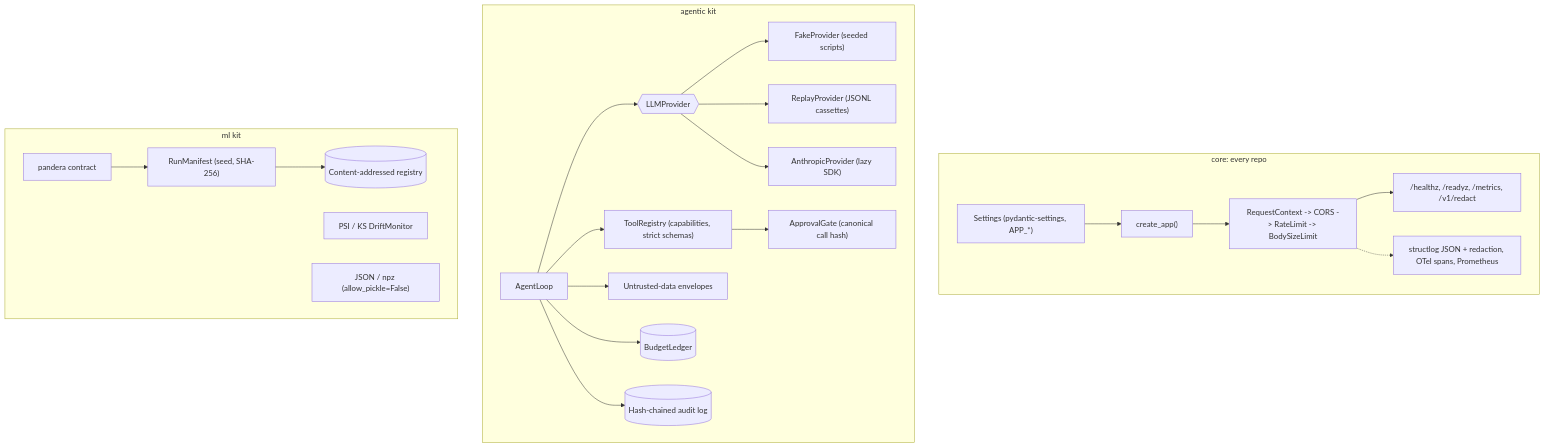
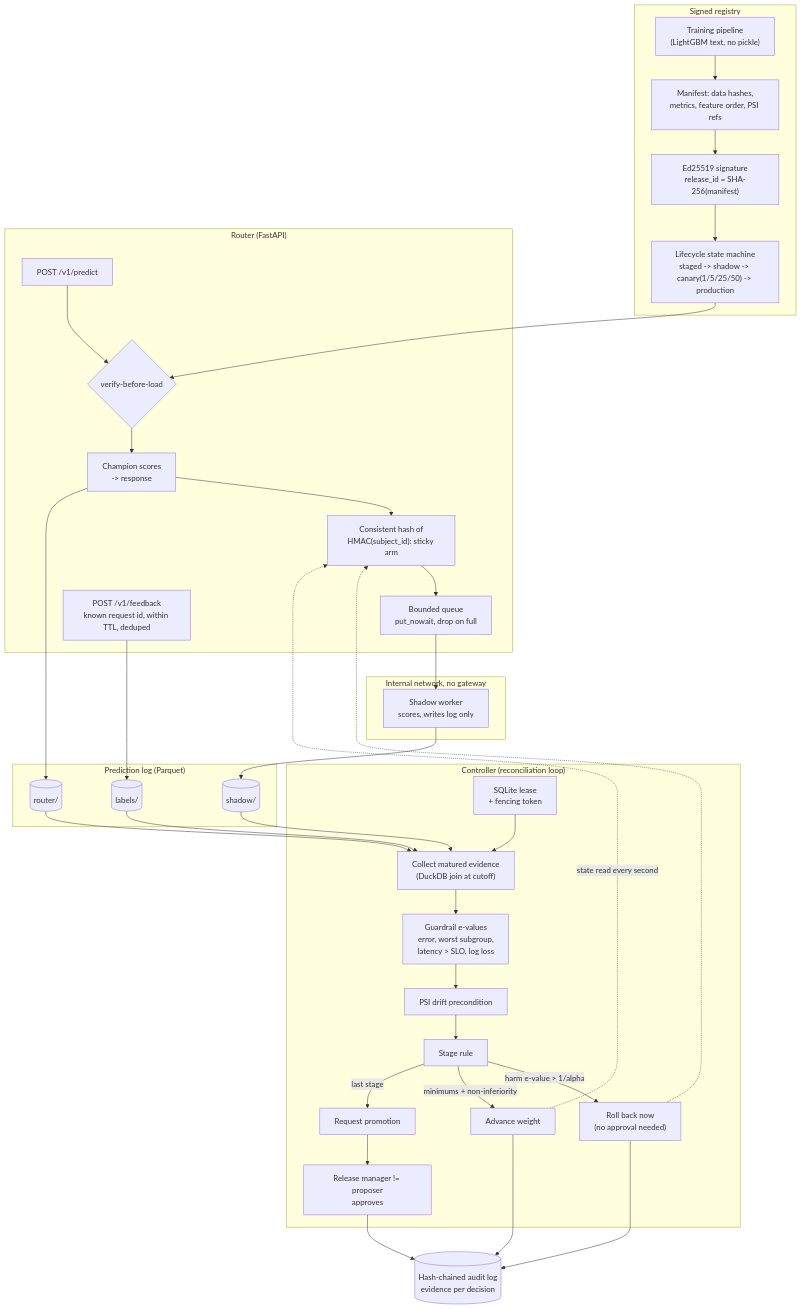
The diagram in README.md (rouviere-german/progressive-model-delivery), drawn with Mermaid before and after one commit. The commit also changed other lines of this file and 10 other files, not shown here.

````diff
--- a/README.md
+++ b/README.md
@@ -22,26 +36,51 @@
 ```mermaid
 flowchart TB
-    subgraph core["core: every repo"]
-        settings["Settings (pydantic-settings, APP_*)"] --> factory["create_app()"]
-        factory --> stack["RequestContext -> CORS -> RateLimit -> BodySizeLimit"]
-        stack --> routes["/healthz, /readyz, /metrics, /v1/redact"]
-        stack -.-> obs["structlog JSON + redaction, OTel spans, Prometheus"]
+    subgraph registry["Signed registry"]
+        train["Training pipeline<br/>(LightGBM text, no pickle)"] --> manifest["Manifest: data hashes,<br/>metrics, feature order, PSI refs"]
+        manifest --> sign["Ed25519 signature<br/>release_id = SHA-256(manifest)"]
+        sign --> life["Lifecycle state machine<br/>staged -> shadow -> canary(1/5/25/50) -> production"]
     end
-    subgraph agentic["agentic kit"]
-        loop["AgentLoop"] --> provider{{"LLMProvider"}}
-        provider --> fake["FakeProvider (seeded scripts)"]
-        provider --> replay["ReplayProvider (JSONL cassettes)"]
-        provider --> claude["AnthropicProvider (lazy SDK)"]
-        loop --> registry["ToolRegistry (capabilities, strict schemas)"]
-        registry --> gate["ApprovalGate (canonical call hash)"]
-        loop --> envelope["Untrusted-data envelopes"]
-        loop --> budget[("BudgetLedger")]
-        loop --> audit[("Hash-chained audit log")]
+
+    subgraph edge["Router (FastAPI)"]
+        predict["POST /v1/predict"] --> verify{"verify-before-load"}
+        verify --> champ["Champion scores<br/>-> response"]
+        champ --> assign["Consistent hash of<br/>HMAC(subject_id): sticky arm"]
+        assign --> forward["Bounded queue<br/>put_nowait, drop on full"]
+        feedback["POST /v1/feedback<br/>known request id, within TTL, deduped"]
     end
-    subgraph ml["ml kit"]
-        contract["pandera contract"] --> manifest["RunManifest (seed, SHA-256)"]
-        manifest --> modelreg[("Content-addressed registry")]
-        drift["PSI / KS DriftMonitor"]
-        io["JSON / npz (allow_pickle=False)"]
+
+    subgraph isolated["Internal network, no gateway"]
+        shadow["Shadow worker<br/>scores, writes log only"]
     end
+
+    subgraph logs["Prediction log (Parquet)"]
+        router_log[("router/")]
+        shadow_log[("shadow/")]
+        label_log[("labels/")]
+    end
+
+    subgraph control["Controller (reconciliation loop)"]
+        lease["SQLite lease<br/>+ fencing token"] --> collect["Collect matured evidence<br/>(DuckDB join at cutoff)"]
+        collect --> ev["Guardrail e-values<br/>error, worst subgroup,<br/>latency > SLO, log loss"]
+        ev --> psi["PSI drift precondition"]
+        psi --> rule["Stage rule"]
+        rule -->|"harm e-value > 1/alpha"| rollback["Roll back now<br/>(no approval needed)"]
+        rule -->|"minimums + non-inferiority"| advance["Advance weight"]
+        rule -->|"last stage"| ask["Request promotion"]
+        ask --> human["Release manager != proposer<br/>approves"]
+    end
+
+    life --> verify
+    forward --> shadow
+    champ --> router_log
+    shadow --> shadow_log
+    feedback --> label_log
+    router_log --> collect
+    shadow_log --> collect
+    label_log --> collect
+    rollback --> audit[("Hash-chained audit log<br/>evidence per decision")]
+    advance --> audit
+    human --> audit
+    advance -.->|"state read every second"| assign
+    rollback -.-> assign
 ```
````
